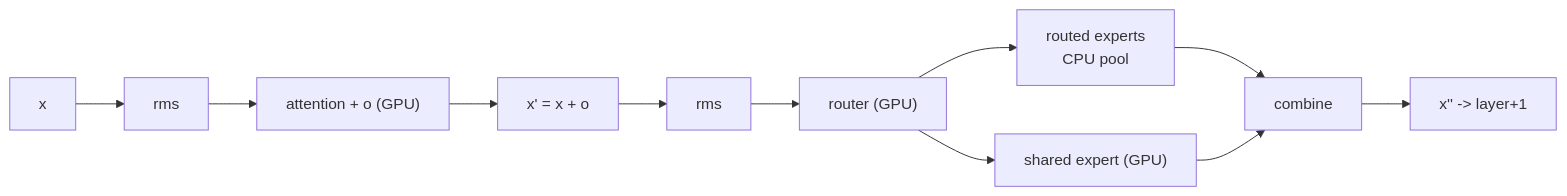
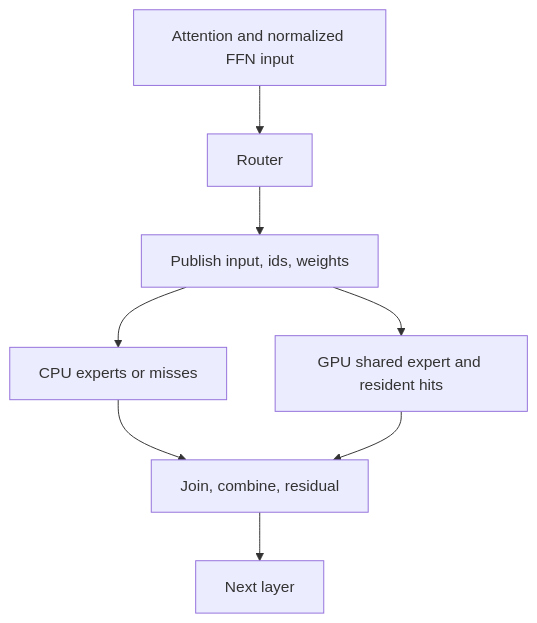
The diagram in docs/KOLIBRI_DECODE.md (gboddaer/strateu), drawn with Mermaid before and after one commit. The commit also changed other lines of this file and 6 other files, not shown here.

````diff
--- a/docs/KOLIBRI_DECODE.md
+++ b/docs/KOLIBRI_DECODE.md
@@ -68,11 +191,10 @@
 ```mermaid
-graph LR
-  X[x] --> R1[rms] --> A["attention + o (GPU)"]
-  A --> X1["x' = x + o"]
-  X1 --> R2[rms] --> RT["router (GPU)"]
-  RT --> RE["routed experts<br/>CPU pool"]
-  RT --> SH["shared expert (GPU)"]
-  RE --> C["combine"]
-  SH --> C
-  C --> X2["x'' -> layer+1"]
+flowchart TD
+  A[Attention and normalized FFN input] --> R[Router]
+  R --> P[Publish input, ids, weights]
+  P --> CPU[CPU experts or misses]
+  P --> GPU[GPU shared expert and resident hits]
+  CPU --> J[Join, combine, residual]
+  GPU --> J
+  J --> N[Next layer]
 ```
````
